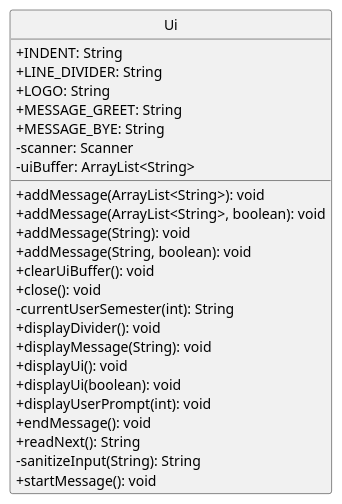
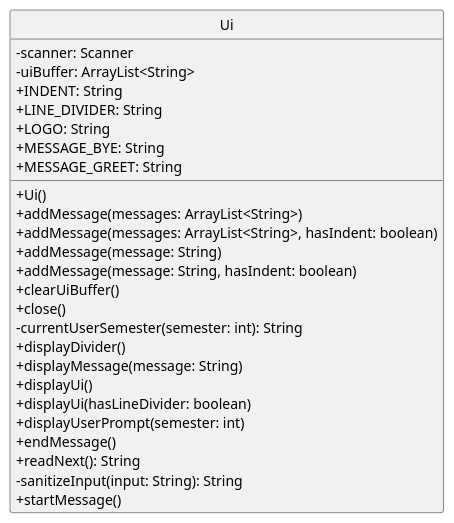
Before and after one commit to nus-cs2113-AY2223S1/tp: the diagram in docs/UMLdiagrams/UiClass.puml, drawn with PlantUML. The commit also changed 10 other files, not shown here.

Commit message:
Update other class diagrams

```diff
--- a/docs/UMLdiagrams/UiClass.puml
+++ b/docs/UMLdiagrams/UiClass.puml
@@ -1,32 +1,33 @@
 @startuml
 'https://plantuml.com/sequence-diagram
 skinparam classAttributeIconSize 0
 hide circle
 
 class Ui {
+    - scanner: Scanner
+    - uiBuffer: ArrayList<String>
     + INDENT: String
     + LINE_DIVIDER: String
     + LOGO: String
+    + MESSAGE_BYE: String
     + MESSAGE_GREET: String
-    + MESSAGE_BYE: String
-    - scanner: Scanner
-    - uiBuffer: ArrayList<String>
 
-    + addMessage(ArrayList<String>): void
-    + addMessage(ArrayList<String>, boolean): void
-    + addMessage(String): void
-    + addMessage(String, boolean): void
-    + clearUiBuffer(): void
-    + close(): void
-    - currentUserSemester(int): String
-    + displayDivider(): void
-    + displayMessage(String): void
-    + displayUi(): void
-    + displayUi(boolean): void
-    + displayUserPrompt(int): void
-    + endMessage(): void
+    + Ui()
+    + addMessage(messages: ArrayList<String>)
+    + addMessage(messages: ArrayList<String>, hasIndent: boolean)
+    + addMessage(message: String)
+    + addMessage(message: String, hasIndent: boolean)
+    + clearUiBuffer()
+    + close()
+    - currentUserSemester(semester: int): String
+    + displayDivider()
+    + displayMessage(message: String)
+    + displayUi()
+    + displayUi(hasLineDivider: boolean)
+    + displayUserPrompt(semester: int)
+    + endMessage()
     + readNext(): String
-    - sanitizeInput(String): String
-    + startMessage(): void
+    - sanitizeInput(input: String): String
+    + startMessage()
 }
 @enduml
```
